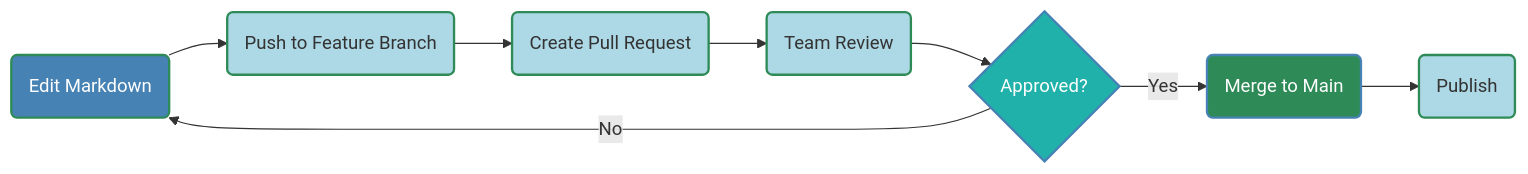
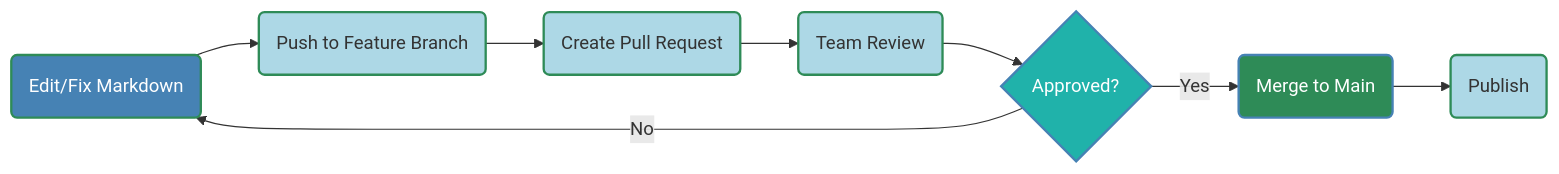
Before and after one commit to buckeye43210/markdown-to-snowkb: the sixth of 8 diagrams in README.md, drawn with Mermaid.

Commit message:
revising document

````diff
--- a/README.md
+++ b/README.md
@@ -252,19 +252,19 @@
 ```mermaid
 graph LR
-    A(Edit Markdown)
+    A(Edit/Fix Markdown)
     A --> B(Push to Feature Branch)
     B --> C(Create Pull Request)
     C --> D(Team Review)
     D --> E{Approved?}
     E -->|Yes| F(Merge to Main)
     E -->|No| A
     F --> G(Publish)
     
     style A fill:#4682B4,stroke:#2E8B57,stroke-width:2px,color:#FFFFFF
     style B fill:#ADD8E6,stroke:#2E8B57,stroke-width:2px
     style C fill:#ADD8E6,stroke:#2E8B57,stroke-width:2px
     style D fill:#ADD8E6,stroke:#2E8B57,stroke-width:2px
     style E fill:#20B2AA,stroke:#4682B4,stroke-width:2px,color:#FFFFFF
     style F fill:#2E8B57,stroke:#4682B4,stroke-width:2px,color:#FFFFFF
     style G fill:#ADD8E6,stroke:#2E8B57,stroke-width:2px
 ```
````
